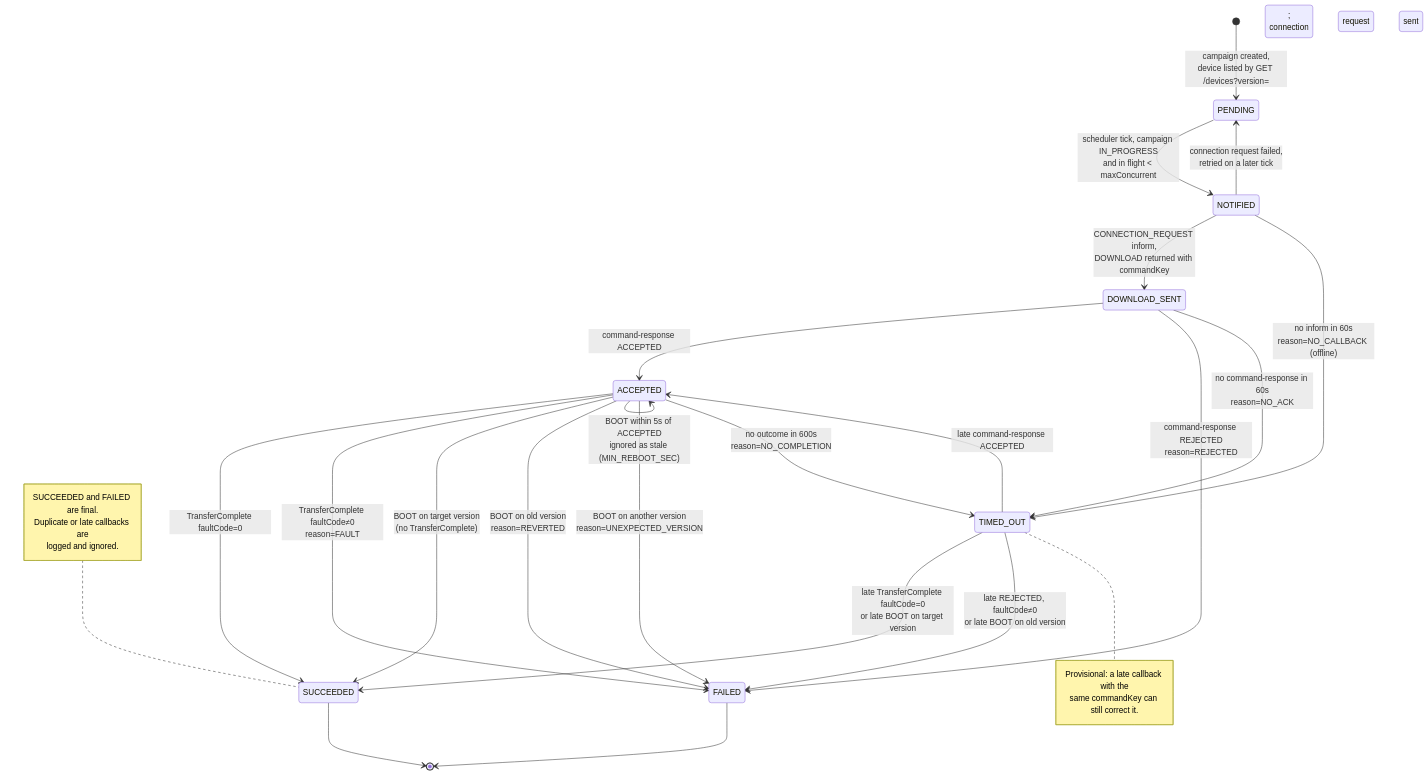
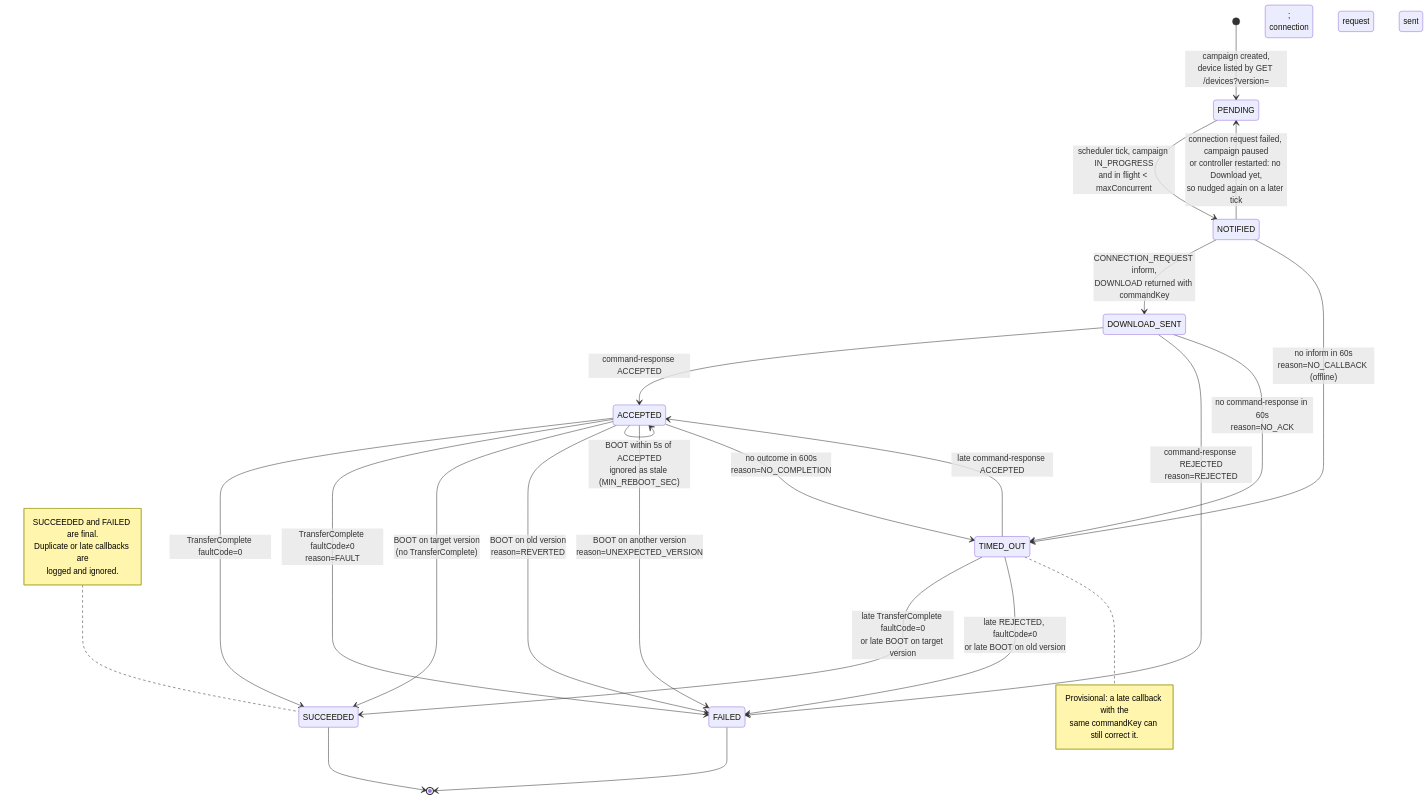
One commit to KallelOmar/att_controller changed the diagram in docs/device_status.mmd. Above: the diagram before and after it, drawn with Mermaid. The commit also changed 2 other files, not shown here.

```diff
--- a/docs/device_status.mmd
+++ b/docs/device_status.mmd
@@ -1,40 +1,40 @@
 stateDiagram-v2
     direction TB
 
     [*] --> PENDING : campaign created,<br/>device listed by GET /devices?version=
 
     PENDING --> NOTIFIED : scheduler tick, campaign IN_PROGRESS<br/>and in flight < maxConcurrent;<br/>connection request sent
-    NOTIFIED --> PENDING : connection request failed,<br/>retried on a later tick
+    NOTIFIED --> PENDING : connection request failed, campaign paused<br/>or controller restarted: no Download yet,<br/>so nudged again on a later tick
 
     NOTIFIED --> DOWNLOAD_SENT : CONNECTION_REQUEST inform,<br/>DOWNLOAD returned with commandKey
     NOTIFIED --> TIMED_OUT : no inform in 60s<br/>reason=NO_CALLBACK (offline)
 
     DOWNLOAD_SENT --> ACCEPTED : command-response ACCEPTED
     DOWNLOAD_SENT --> FAILED : command-response REJECTED<br/>reason=REJECTED
     DOWNLOAD_SENT --> TIMED_OUT : no command-response in 60s<br/>reason=NO_ACK
 
     ACCEPTED --> SUCCEEDED : TransferComplete faultCode=0
     ACCEPTED --> FAILED : TransferComplete faultCode≠0<br/>reason=FAULT
     ACCEPTED --> SUCCEEDED : BOOT on target version<br/>(no TransferComplete)
     ACCEPTED --> FAILED : BOOT on old version<br/>reason=REVERTED
     ACCEPTED --> FAILED : BOOT on another version<br/>reason=UNEXPECTED_VERSION
     ACCEPTED --> ACCEPTED : BOOT within 5s of ACCEPTED<br/>ignored as stale (MIN_REBOOT_SEC)
     ACCEPTED --> TIMED_OUT : no outcome in 600s<br/>reason=NO_COMPLETION
 
     TIMED_OUT --> ACCEPTED : late command-response ACCEPTED
     TIMED_OUT --> SUCCEEDED : late TransferComplete faultCode=0<br/>or late BOOT on target version
     TIMED_OUT --> FAILED : late REJECTED, faultCode≠0<br/>or late BOOT on old version
 
     SUCCEEDED --> [*]
     FAILED --> [*]
 
     note right of TIMED_OUT
         Provisional: a late callback with the
         same commandKey can still correct it.
     end note
 
     note left of SUCCEEDED
         SUCCEEDED and FAILED are final.
         Duplicate or late callbacks are
         logged and ignored.
     end note
```
